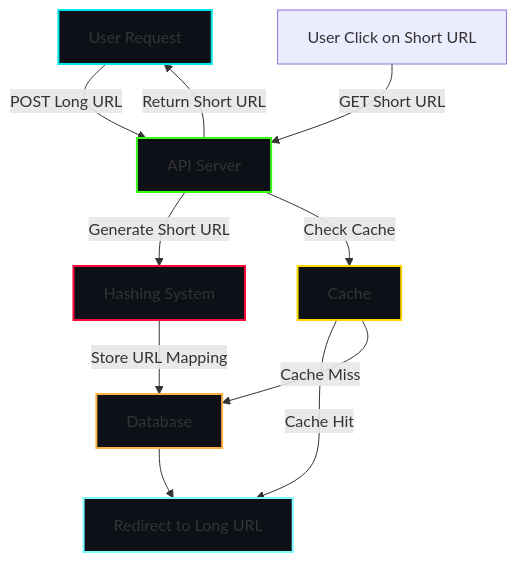
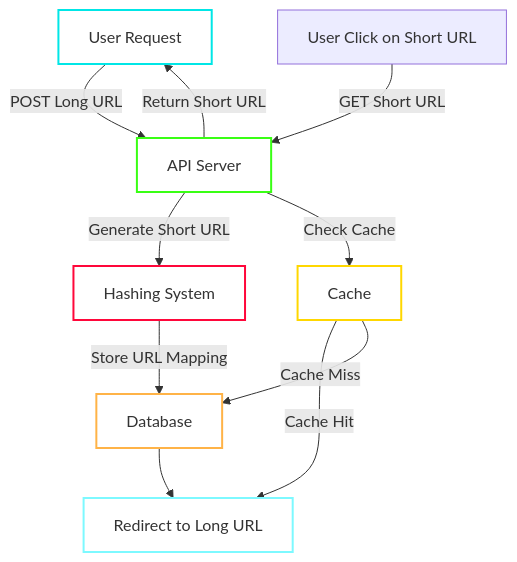
The first of 4 diagrams in urlshortener.md (talal-nabulsi/system-design-brain), drawn with Mermaid before and after one commit. The commit also changed other lines of this file, not shown here.

````diff
--- a/urlshortener.md
+++ b/urlshortener.md
@@ -42,19 +42,19 @@
 ```mermaid
 graph TD;
-    style UserRequest fill:#0d1117,stroke:#00e6e6,stroke-width:2px;
-    style API fill:#0d1117,stroke:#39ff14,stroke-width:2px;
-    style HashingSystem fill:#0d1117,stroke:#ff073a,stroke-width:2px;
-    style DB fill:#0d1117,stroke:#ffb347,stroke-width:2px;
-    style CacheLayer fill:#0d1117,stroke:#ffd700,stroke-width:2px;
-    style Redirect fill:#0d1117,stroke:#7df9ff,stroke-width:2px;
+    style UserRequest fill:#ffffff,stroke:#00e6e6,stroke-width:2px;
+    style API fill:#ffffff,stroke:#39ff14,stroke-width:2px;
+    style HashingSystem fill:#ffffff,stroke:#ff073a,stroke-width:2px;
+    style DB fill:#ffffff,stroke:#ffb347,stroke-width:2px;
+    style CacheLayer fill:#ffffff,stroke:#ffd700,stroke-width:2px;
+    style Redirect fill:#ffffff,stroke:#7df9ff,stroke-width:2px;
 
     UserRequest[User Request] -->|POST Long URL| API[API Server];
     API -->|Generate Short URL| HashingSystem[Hashing System];
     HashingSystem -->|Store URL Mapping| DB[Database];
     API -->|Return Short URL| UserRequest;
     UserClick[User Click on Short URL] -->|GET Short URL| API;
     API -->|Check Cache| CacheLayer[Cache];
     CacheLayer -->|Cache Hit| Redirect[Redirect to Long URL];
     CacheLayer -->|Cache Miss| DB;
     DB --> Redirect;
 ```
````
